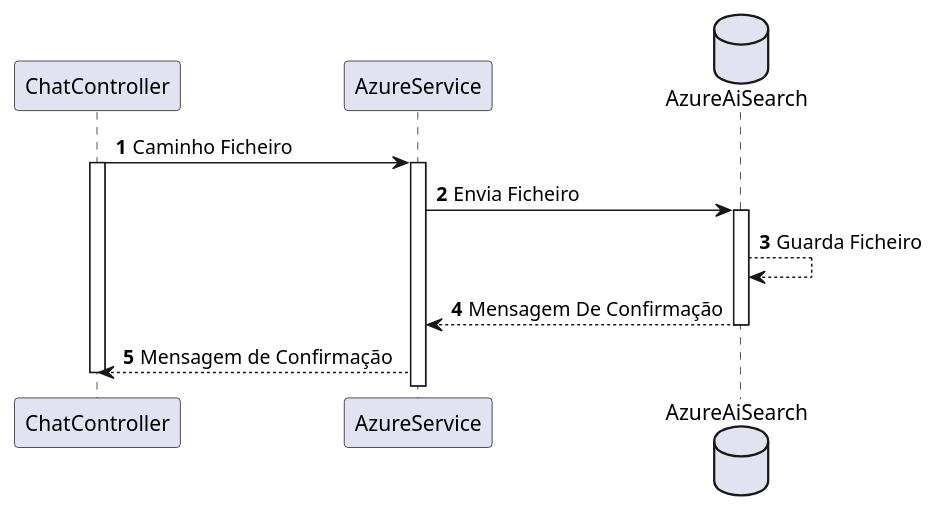
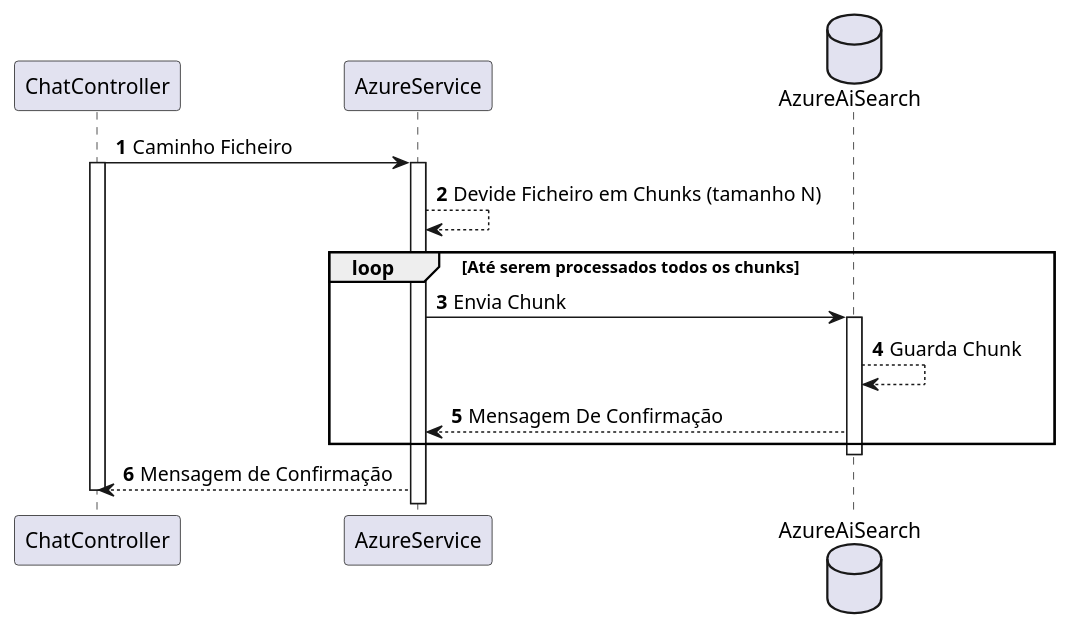
The diagram in src/projeto_armis/docs/sd/import_files/import_files_azure_sd.puml (Educ00/EstagioArmis), drawn with PlantUML before and after one commit. The commit also changed 20 other files, not shown here.

Commit message:
Diagramas

```diff
--- a/src/projeto_armis/docs/sd/import_files/import_files_azure_sd.puml
+++ b/src/projeto_armis/docs/sd/import_files/import_files_azure_sd.puml
@@ -1,22 +1,25 @@
 @startuml
 autonumber 
 
 participant "ChatController" as chatController
 participant "AzureService" as azureService
 
 database "AzureAiSearch" as azureAiSearch
 
 chatController -> azureService : Caminho Ficheiro
 activate chatController
 activate azureService
-azureService -> azureAiSearch : Envia Ficheiro
-activate azureAiSearch
-azureAiSearch --> azureAiSearch : Guarda Ficheiro
-azureAiSearch --> azureService : Mensagem De Confirmação
+azureService --> azureService : Devide Ficheiro em Chunks (tamanho N)
+loop Até serem processados todos os chunks
+    azureService -> azureAiSearch : Envia Chunk
+    activate azureAiSearch
+    azureAiSearch --> azureAiSearch : Guarda Chunk
+    azureAiSearch --> azureService : Mensagem De Confirmação
+end loop
 deactivate azureAiSearch
 azureService --> chatController : Mensagem de Confirmação
 deactivate chatController
 
 
 
 @enduml
```
